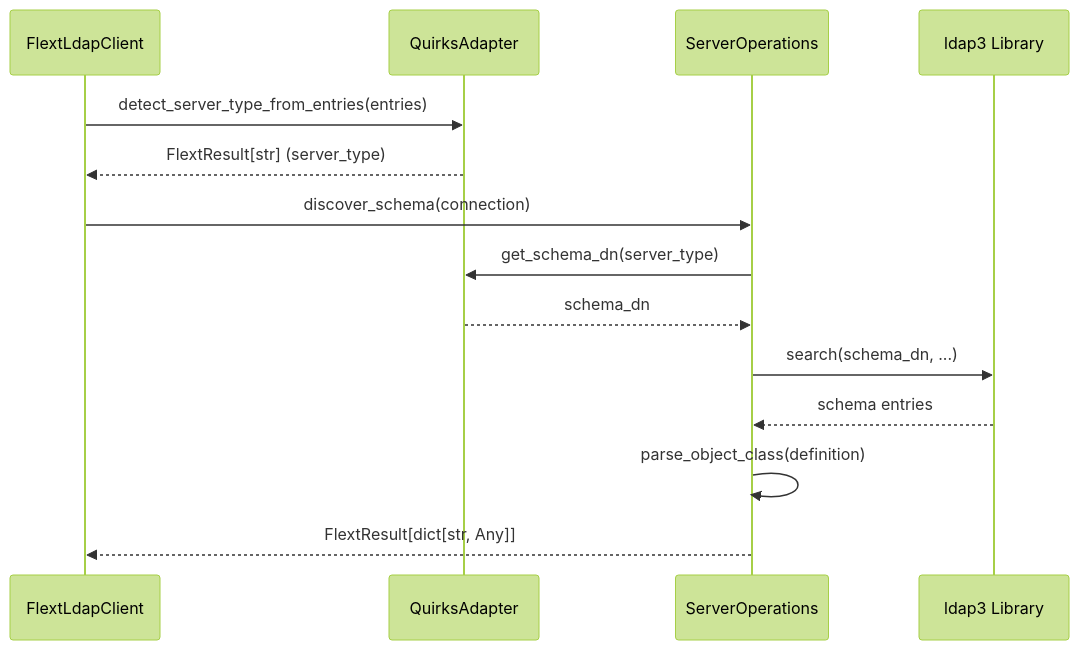
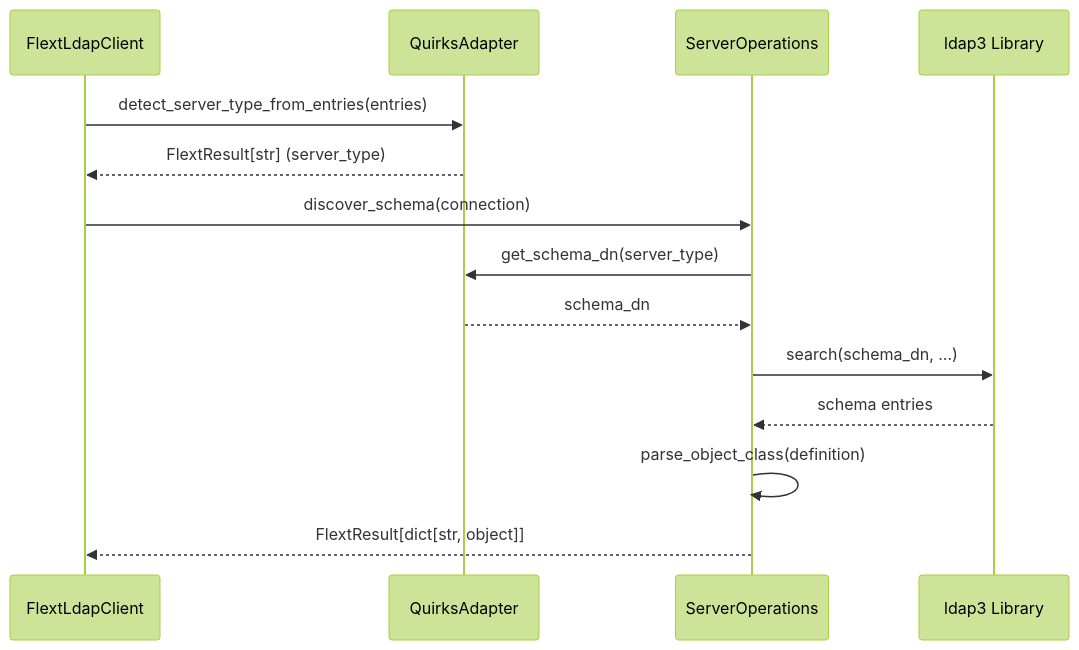
Before and after one commit to flext-sh/flext-ldap: the second of 3 diagrams in docs/architecture.md, drawn with Mermaid (forest theme). The commit also changed other lines of this file and 59 other files, not shown here.

````diff
--- a/docs/architecture.md
+++ b/docs/architecture.md
@@ -250,17 +250,17 @@
 ```mermaid
 sequenceDiagram
     participant Client as FlextLdapClient
     participant Quirks as QuirksAdapter
     participant Ops as ServerOperations
     participant ldap3 as ldap3 Library
 
     Client->>Quirks: detect_server_type_from_entries(entries)
     Quirks-->>Client: FlextResult[str] (server_type)
     Client->>Ops: discover_schema(connection)
     Ops->>Quirks: get_schema_dn(server_type)
     Quirks-->>Ops: schema_dn
     Ops->>ldap3: search(schema_dn, ...)
     ldap3-->>Ops: schema entries
     Ops->>Ops: parse_object_class(definition)
-    Ops-->>Client: FlextResult[dict[str, Any]]
+    Ops-->>Client: FlextResult[dict[str, object]]
 ```
````
